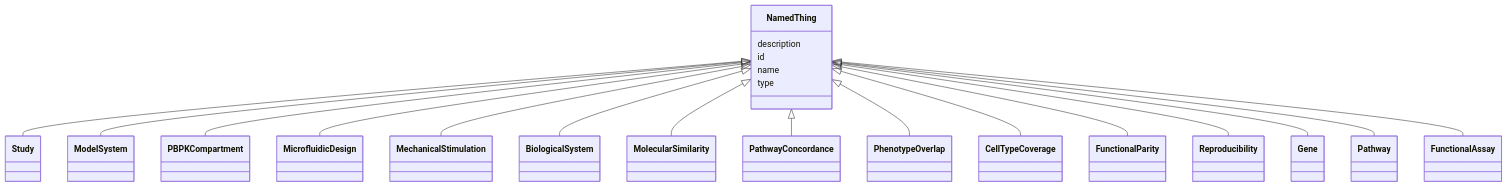
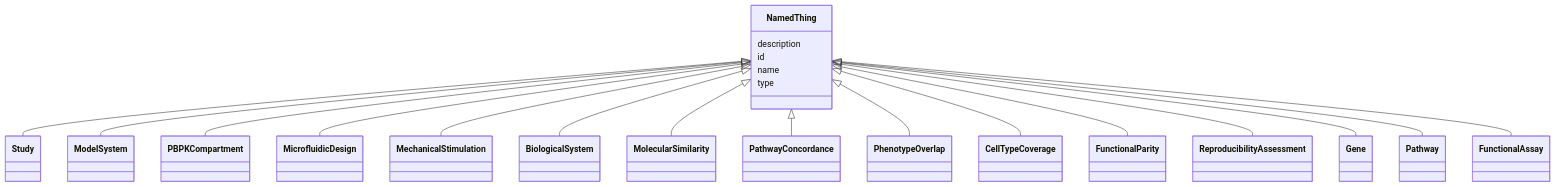
Before and after one commit to monarch-initiative/namo: the diagram in docs/elements/NamedThing.md, drawn with Mermaid. The commit also changed other lines of this file and 84 other files, not shown here.

First line of the commit message:
Rename the Reproducibility class to ReproducibilityAssessment

````diff
--- a/docs/elements/NamedThing.md
+++ b/docs/elements/NamedThing.md
@@ -23,45 +23,45 @@
 ```mermaid
  classDiagram
     class NamedThing
     click NamedThing href "../NamedThing/"
       NamedThing <|-- Study
         click Study href "../Study/"
       NamedThing <|-- ModelSystem
         click ModelSystem href "../ModelSystem/"
       NamedThing <|-- PBPKCompartment
         click PBPKCompartment href "../PBPKCompartment/"
       NamedThing <|-- MicrofluidicDesign
         click MicrofluidicDesign href "../MicrofluidicDesign/"
       NamedThing <|-- MechanicalStimulation
         click MechanicalStimulation href "../MechanicalStimulation/"
       NamedThing <|-- BiologicalSystem
         click BiologicalSystem href "../BiologicalSystem/"
       NamedThing <|-- MolecularSimilarity
         click MolecularSimilarity href "../MolecularSimilarity/"
       NamedThing <|-- PathwayConcordance
         click PathwayConcordance href "../PathwayConcordance/"
       NamedThing <|-- PhenotypeOverlap
         click PhenotypeOverlap href "../PhenotypeOverlap/"
       NamedThing <|-- CellTypeCoverage
         click CellTypeCoverage href "../CellTypeCoverage/"
       NamedThing <|-- FunctionalParity
         click FunctionalParity href "../FunctionalParity/"
-      NamedThing <|-- Reproducibility
-        click Reproducibility href "../Reproducibility/"
+      NamedThing <|-- ReproducibilityAssessment
+        click ReproducibilityAssessment href "../ReproducibilityAssessment/"
       NamedThing <|-- Gene
         click Gene href "../Gene/"
       NamedThing <|-- Pathway
         click Pathway href "../Pathway/"
       NamedThing <|-- FunctionalAssay
         click FunctionalAssay href "../FunctionalAssay/"
       
       NamedThing : description
         
       NamedThing : id
         
       NamedThing : name
         
       NamedThing : type
         
       
 ```
````
